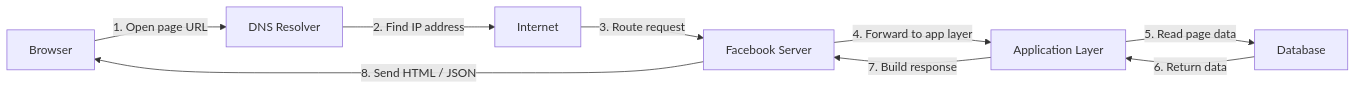
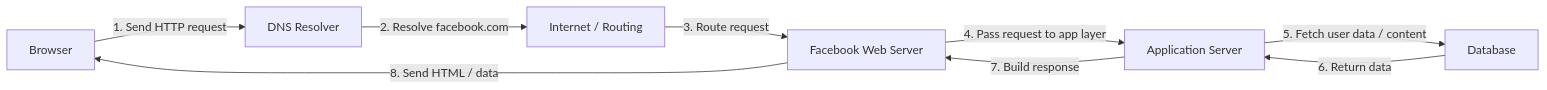
The diagram in README.md (ASaber33/web-request-diagram), drawn with Mermaid before and after one commit. The commit also changed other lines of this file, not shown here.

Commit message:
Finalize Facebook request flow README

````diff
--- a/README.md
+++ b/README.md
@@ -7,11 +11,11 @@
 ```mermaid
 graph LR
-    A[Browser] -->|1. Open page URL| B[DNS Resolver]
-    B -->|2. Find IP address| C[Internet]
-    C -->|3. Route request| D[Facebook Server]
-    D -->|4. Forward to app layer| E[Application Layer]
-    E -->|5. Read page data| F[Database]
+    A[Browser] -->|1. Send HTTP request| B[DNS Resolver]
+    B -->|2. Resolve facebook.com| C[Internet / Routing]
+    C -->|3. Route request| D[Facebook Web Server]
+    D -->|4. Pass request to app layer| E[Application Server]
+    E -->|5. Fetch user data / content| F[Database]
     F -->|6. Return data| E
     E -->|7. Build response| D
-    D -->|8. Send HTML / JSON| A
+    D -->|8. Send HTML / data| A
 ```
````
